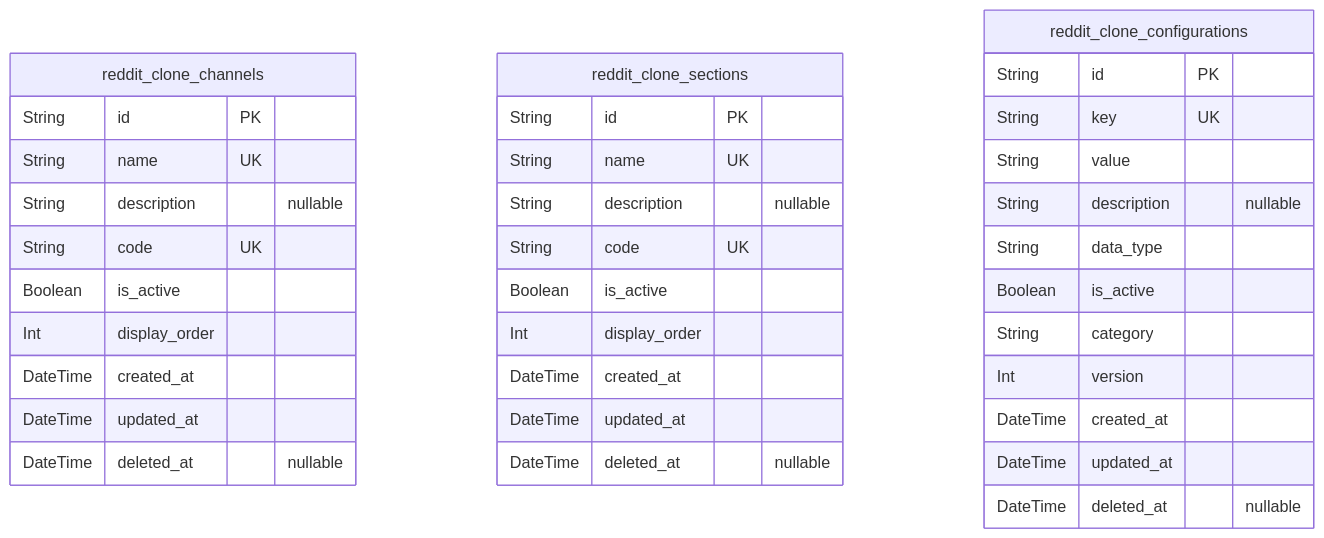
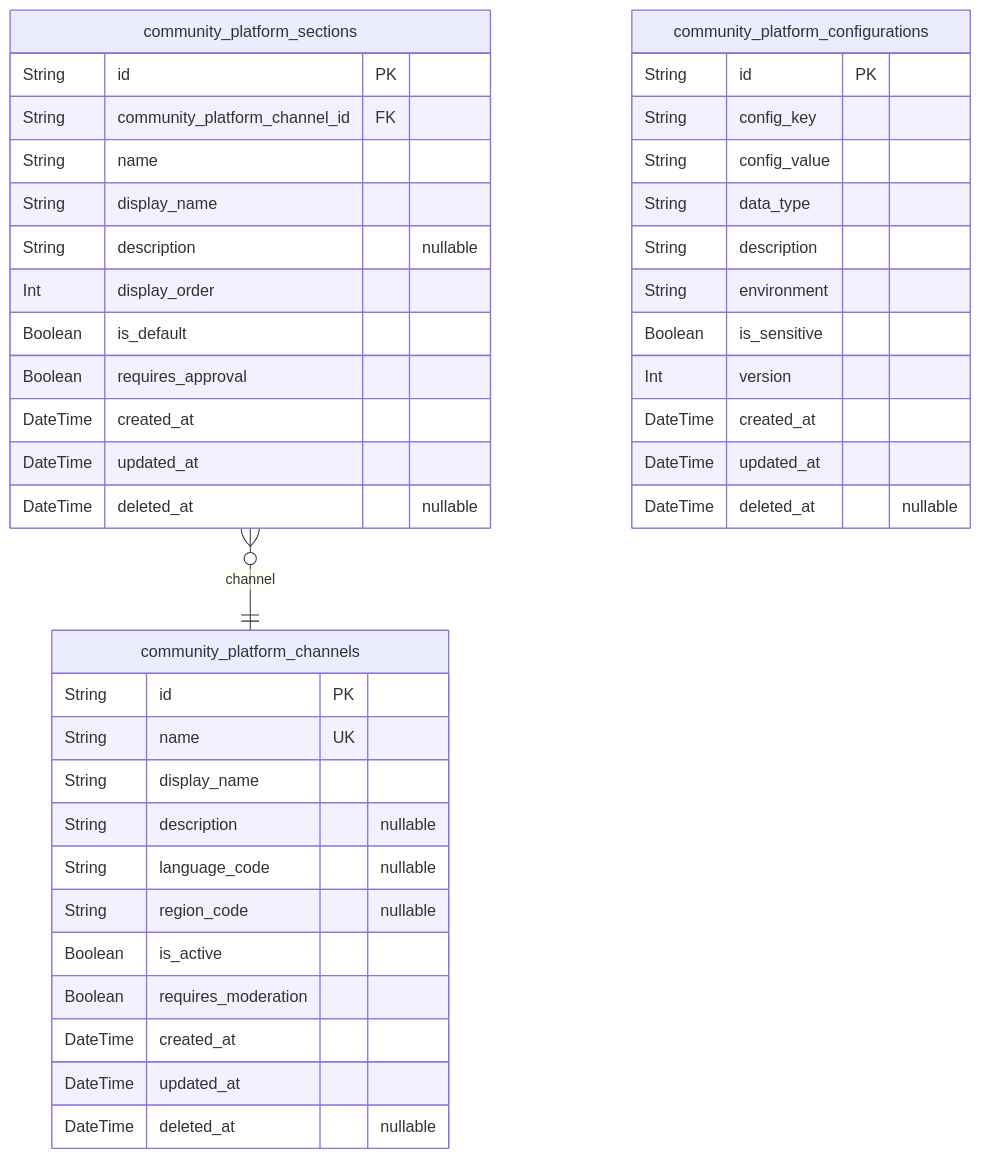
Before and after one commit to wrtnlabs/autobe-examples: the first of 10 diagrams in deepseek/deepseek-v3.1-terminus-exacto/reddit/docs/ERD.md, drawn with Mermaid. The commit also changed other lines of this file and 22498 other files, not shown here.

````diff
--- a/deepseek/deepseek-v3.1-terminus-exacto/reddit/docs/ERD.md
+++ b/deepseek/deepseek-v3.1-terminus-exacto/reddit/docs/ERD.md
@@ -19,38 +18,43 @@
 ```mermaid
 erDiagram
-"reddit_clone_channels" {
+"community_platform_channels" {
   String id PK
   String name UK
+  String display_name
   String description "nullable"
-  String code UK
+  String language_code "nullable"
+  String region_code "nullable"
   Boolean is_active
-  Int display_order
+  Boolean requires_moderation
   DateTime created_at
   DateTime updated_at
   DateTime deleted_at "nullable"
 }
-"reddit_clone_sections" {
+"community_platform_sections" {
   String id PK
-  String name UK
+  String community_platform_channel_id FK
+  String name
+  String display_name
   String description "nullable"
-  String code UK
-  Boolean is_active
   Int display_order
+  Boolean is_default
+  Boolean requires_approval
   DateTime created_at
   DateTime updated_at
   DateTime deleted_at "nullable"
 }
-"reddit_clone_configurations" {
+"community_platform_configurations" {
   String id PK
-  String key UK
-  String value
-  String description "nullable"
+  String config_key
+  String config_value
   String data_type
-  Boolean is_active
-  String category
+  String description
+  String environment
+  Boolean is_sensitive
   Int version
   DateTime created_at
   DateTime updated_at
   DateTime deleted_at "nullable"
 }
+"community_platform_sections" }o--|| "community_platform_channels" : channel
 ```
````
